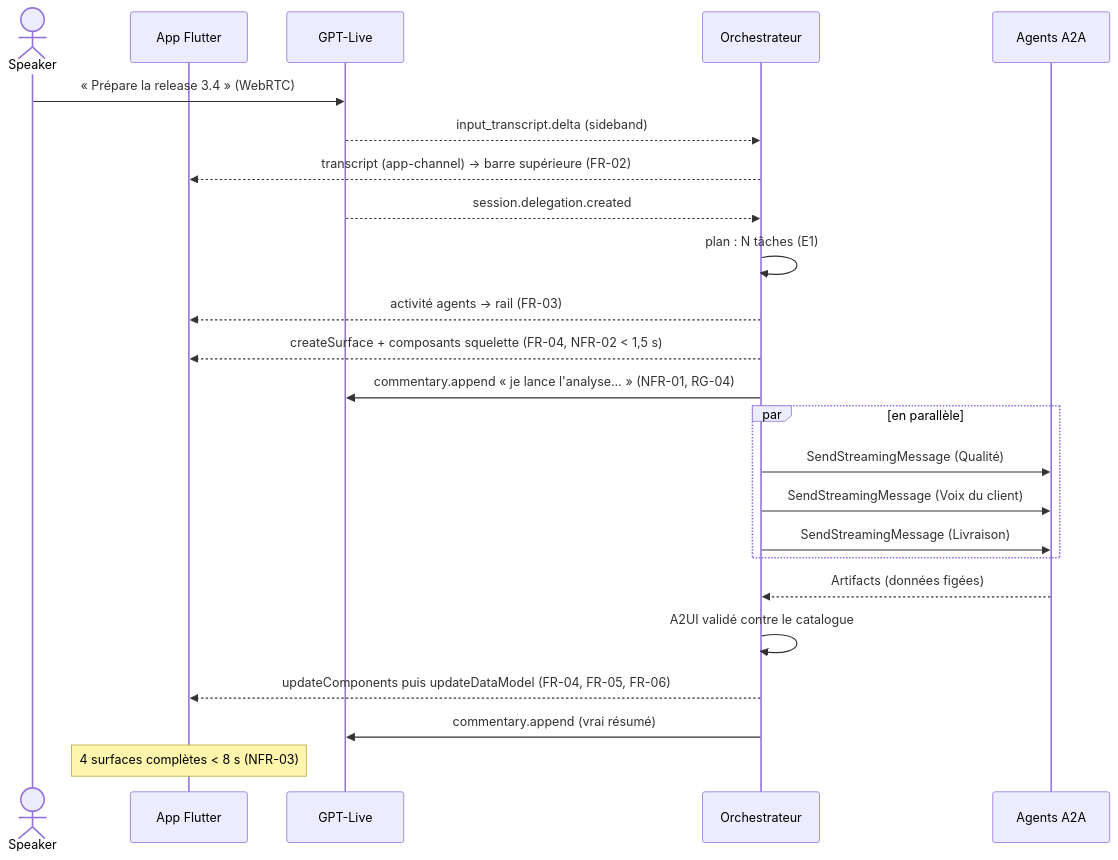
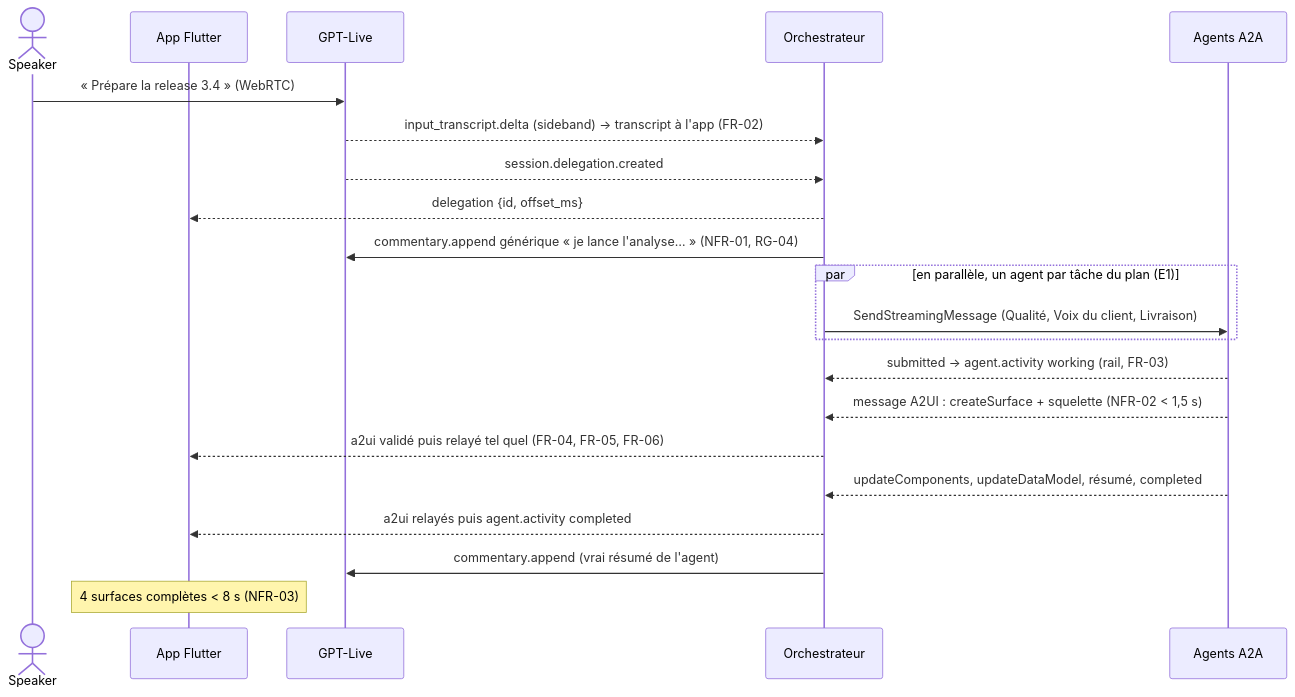
One commit to b-fontaine/ai_voice_ui changed the first of 5 diagrams in product/architecture/agents-protocols.md. Above: the diagram before and after it, drawn with Mermaid. The commit also changed other lines of this file and 18 other files, not shown here.

First line of the commit message:
docs(004): clôture (contrat app-channel, backend.md/pdr-0036, security, Q-69, Q-70, KB a2a-go)

````diff
--- a/product/architecture/agents-protocols.md
+++ b/product/architecture/agents-protocols.md
@@ -32,26 +32,23 @@
 ```mermaid
 sequenceDiagram
   actor S as Speaker
   participant App as App Flutter
   participant L as GPT-Live
   participant O as Orchestrateur
   participant Ag as Agents A2A
   S->>L: « Prépare la release 3.4 » (WebRTC)
-  L-->>O: input_transcript.delta (sideband)
-  O-->>App: transcript (app-channel) → barre supérieure (FR-02)
+  L-->>O: input_transcript.delta (sideband) → transcript à l'app (FR-02)
   L-->>O: session.delegation.created
-  O->>O: plan : N tâches (E1)
-  O-->>App: activité agents → rail (FR-03)
-  O-->>App: createSurface + composants squelette (FR-04, NFR-02 < 1,5 s)
-  O->>L: commentary.append « je lance l'analyse… » (NFR-01, RG-04)
-  par en parallèle
-    O->>Ag: SendStreamingMessage (Qualité)
-    O->>Ag: SendStreamingMessage (Voix du client)
-    O->>Ag: SendStreamingMessage (Livraison)
+  O-->>App: delegation {id, offset_ms}
+  O->>L: commentary.append générique « je lance l'analyse… » (NFR-01, RG-04)
+  par en parallèle, un agent par tâche du plan (E1)
+    O->>Ag: SendStreamingMessage (Qualité, Voix du client, Livraison)
   end
-  Ag-->>O: Artifacts (données figées)
-  O->>O: A2UI validé contre le catalogue
-  O-->>App: updateComponents puis updateDataModel (FR-04, FR-05, FR-06)
-  O->>L: commentary.append (vrai résumé)
+  Ag-->>O: submitted → agent.activity working (rail, FR-03)
+  Ag-->>O: message A2UI : createSurface + squelette (NFR-02 < 1,5 s)
+  O-->>App: a2ui validé puis relayé tel quel (FR-04, FR-05, FR-06)
+  Ag-->>O: updateComponents, updateDataModel, résumé, completed
+  O-->>App: a2ui relayés puis agent.activity completed
+  O->>L: commentary.append (vrai résumé de l'agent)
   Note over App: 4 surfaces complètes < 8 s (NFR-03)
 ```
````
